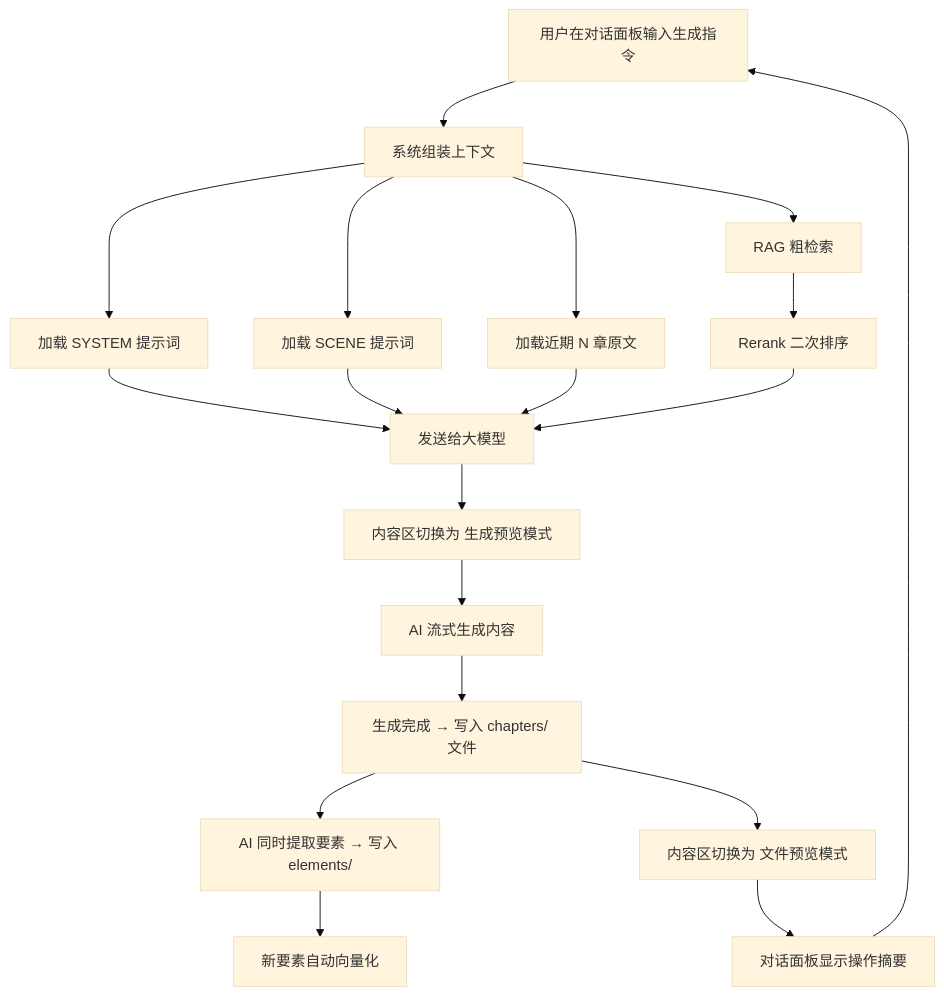
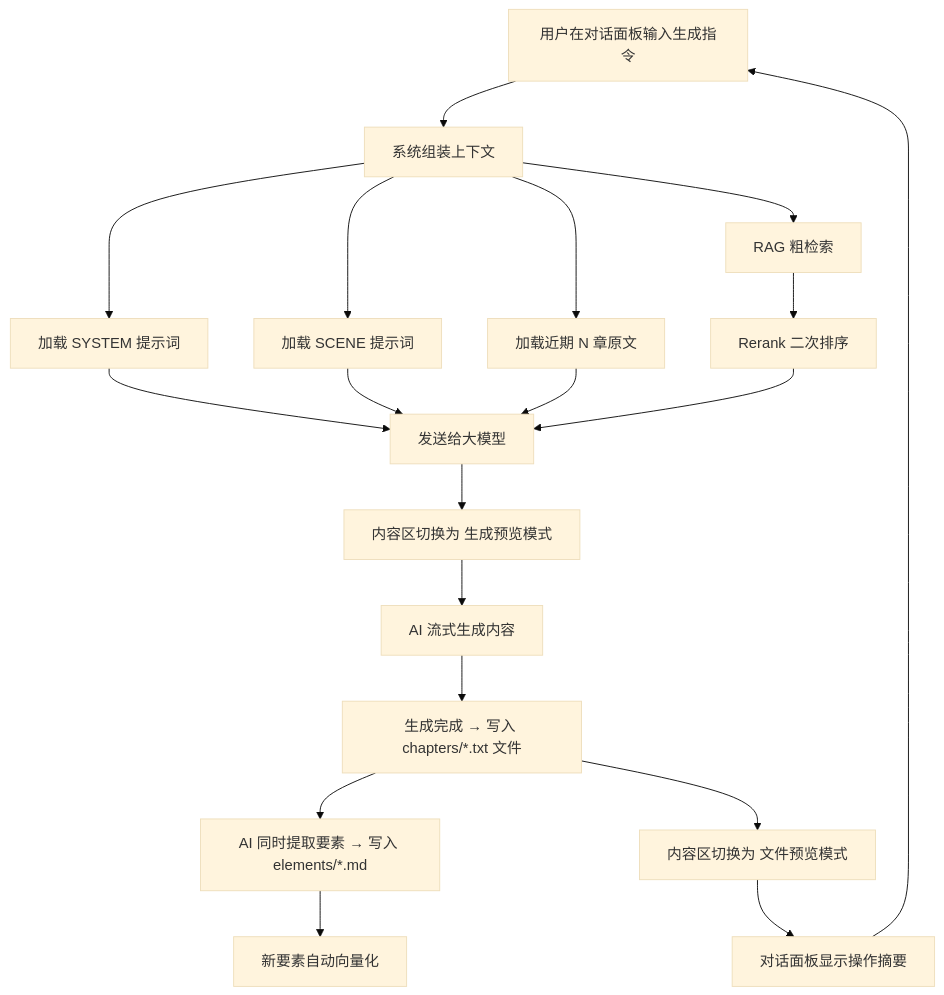
The second of 8 diagrams in UI设计文档.md (honlnk/NovAI-document), drawn with Mermaid (base theme) before and after one commit. The commit also changed other lines of this file and 15 other files, not shown here.

````diff
--- a/UI设计文档.md
+++ b/UI设计文档.md
@@ -444,18 +444,18 @@
 ```mermaid
 flowchart TD
     A[用户在对话面板输入生成指令] --> B[系统组装上下文]
     B --> B1[加载 SYSTEM 提示词]
     B --> B2[加载 SCENE 提示词]
     B --> B3[加载近期 N 章原文]
     B --> B4[RAG 粗检索]
     B4 --> B5[Rerank 二次排序]
     B1 & B2 & B3 & B5 --> C[发送给大模型]
     C --> D[内容区切换为 生成预览模式]
     D --> E[AI 流式生成内容]
-    E --> F[生成完成 → 写入 chapters/ 文件]
-    F --> F2[AI 同时提取要素 → 写入 elements/]
+    E --> F[生成完成 → 写入 chapters/*.txt 文件]
+    F --> F2[AI 同时提取要素 → 写入 elements/*.md]
     F2 --> F3[新要素自动向量化]
     F --> G[内容区切换为 文件预览模式]
     G --> H[对话面板显示操作摘要]
     H --> A
 ```
````
